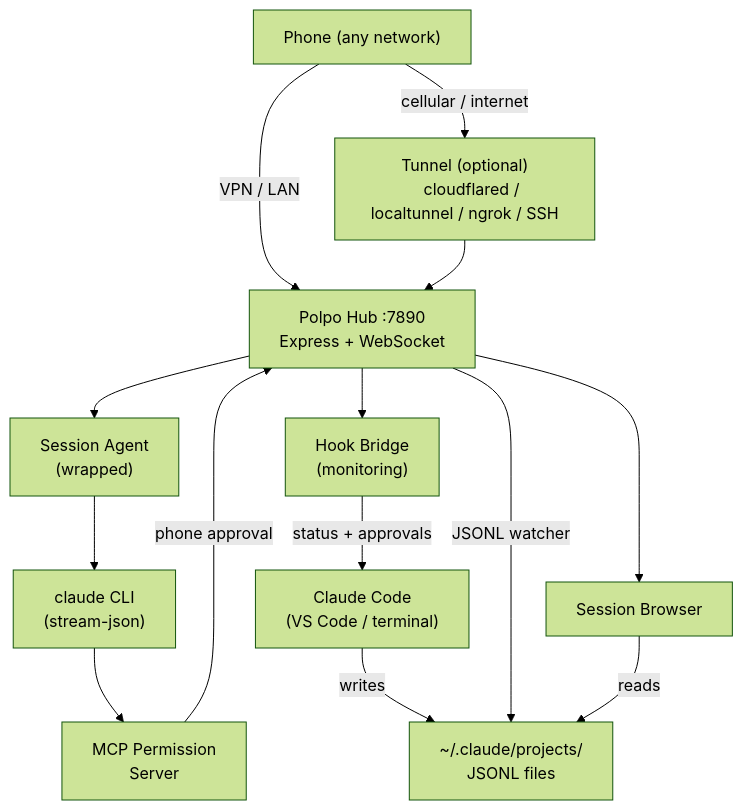
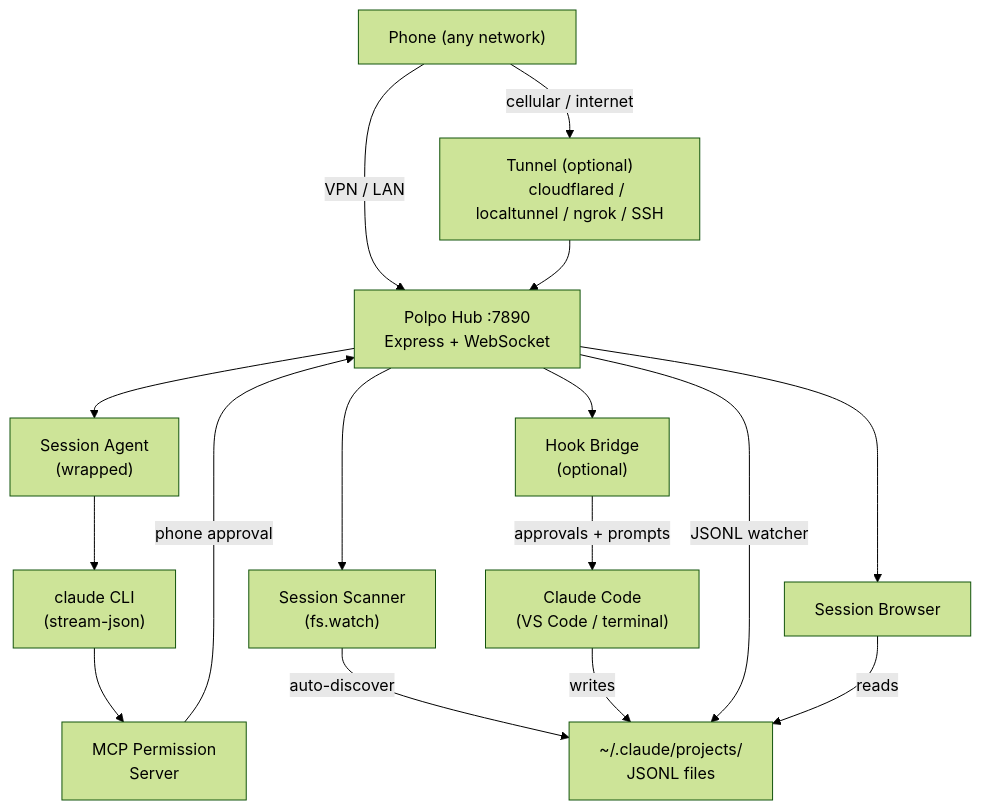
One commit to pugliatechs/polpo changed the diagram in README.md. Above: the diagram before and after it, drawn with Mermaid (forest theme). The commit also changed other lines of this file and 11 other files, not shown here.

````diff
--- a/README.md
+++ b/README.md
@@ -323,35 +340,39 @@
 ```mermaid
 graph TD
     Phone["Phone (any network)"]
     Tunnel["Tunnel (optional)
     cloudflared / localtunnel / ngrok / SSH"]
     Hub["Polpo Hub :7890
     Express + WebSocket"]
     Session["Session Agent
     (wrapped)"]
+    Scanner["Session Scanner
+    (fs.watch)"]
     Hooks["Hook Bridge
-    (monitoring)"]
+    (optional)"]
     Browser["Session Browser"]
     Claude["claude CLI
     (stream-json)"]
     VSCode["Claude Code
     (VS Code / terminal)"]
     MCP["MCP Permission
     Server"]
     JSONL["~/.claude/projects/
     JSONL files"]
 
     Phone -->|"cellular / internet"| Tunnel
     Phone -->|"VPN / LAN"| Hub
     Tunnel --> Hub
     Hub --> Session
+    Hub --> Scanner
     Hub --> Hooks
     Hub --> Browser
     Session --> Claude
-    Hooks -->|"status + approvals"| VSCode
+    Scanner -->|"auto-discover"| JSONL
+    Hooks -->|"approvals + prompts"| VSCode
     VSCode -->|"writes"| JSONL
     Hub -->|"JSONL watcher"| JSONL
     Claude --> MCP
     MCP -->|"phone approval"| Hub
     Browser -->|"reads"| JSONL
 ```
````
